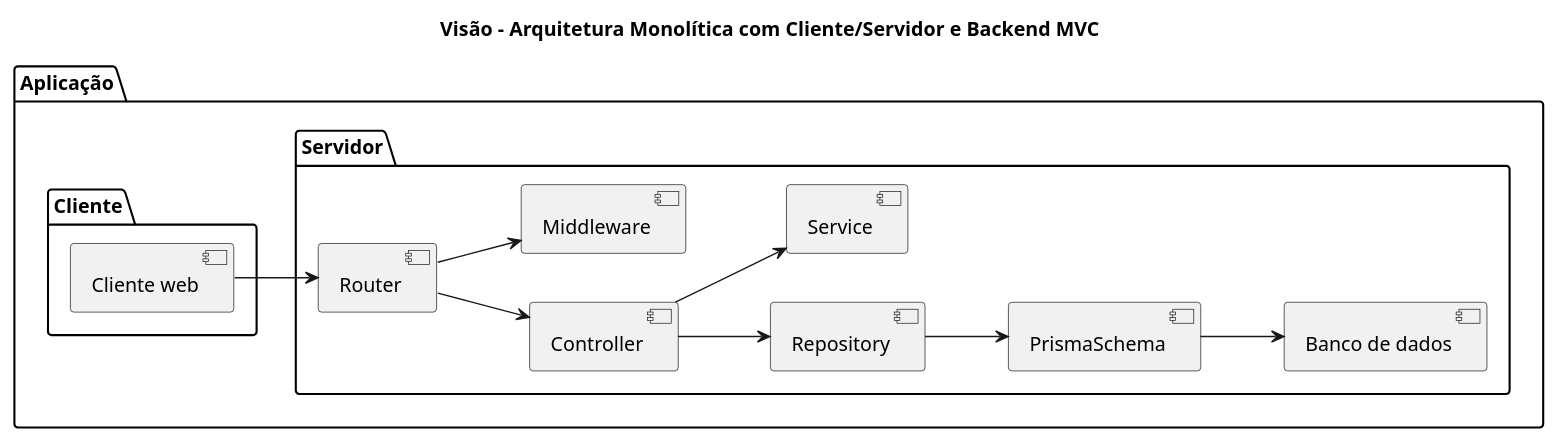
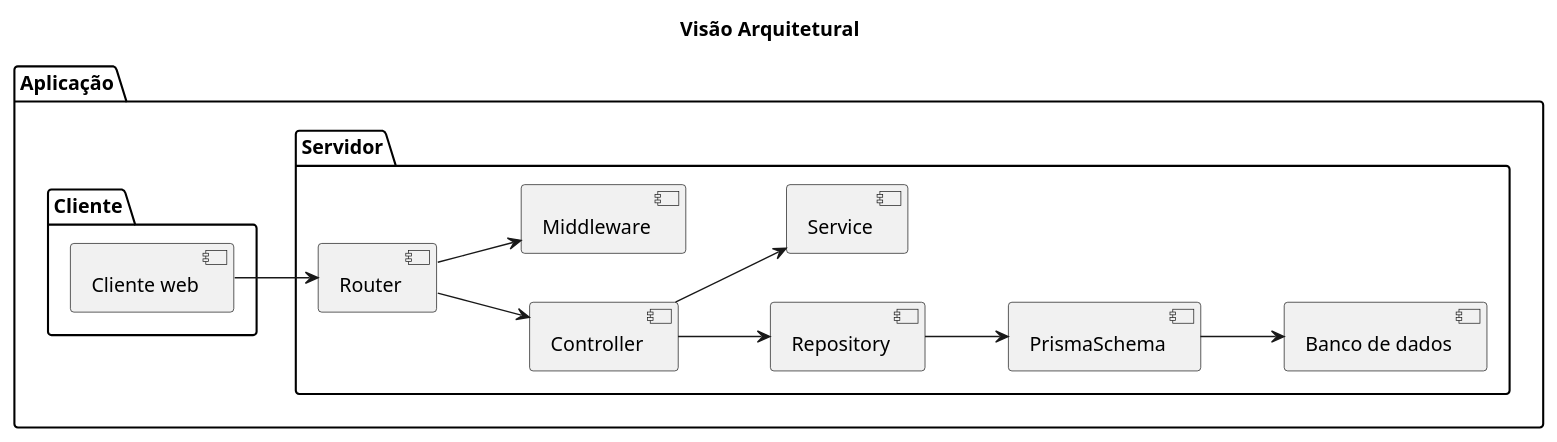
The diagram in docs/visao-arquitetural.puml (vaniacourses/projeto-software-robson-caetano), drawn with PlantUML before and after one commit. The commit also changed 3 other files, not shown here.

Commit message:
docs: update diagramas

```diff
--- a/docs/visao-arquitetural.puml
+++ b/docs/visao-arquitetural.puml
@@ -1,29 +1,29 @@
 @startuml
-title Visão - Arquitetura Monolítica com Cliente/Servidor e Backend MVC
+title Visão Arquitetural
 
 package "Aplicação" {
   left to right direction
 
   package "Cliente" {
     [Cliente web] as web
   }
 
   package "Servidor" {
     [Router] as r
     [Controller] as c
     [Repository] as rp
     [Service] as s
     [Middleware] as md
     [PrismaSchema] as ps
     [Banco de dados] as db
   }
 
   web --> r
   r --> c
   c --> rp
   c --> s
   r --> md
   rp --> ps
   ps --> db
 }
 @enduml
```
